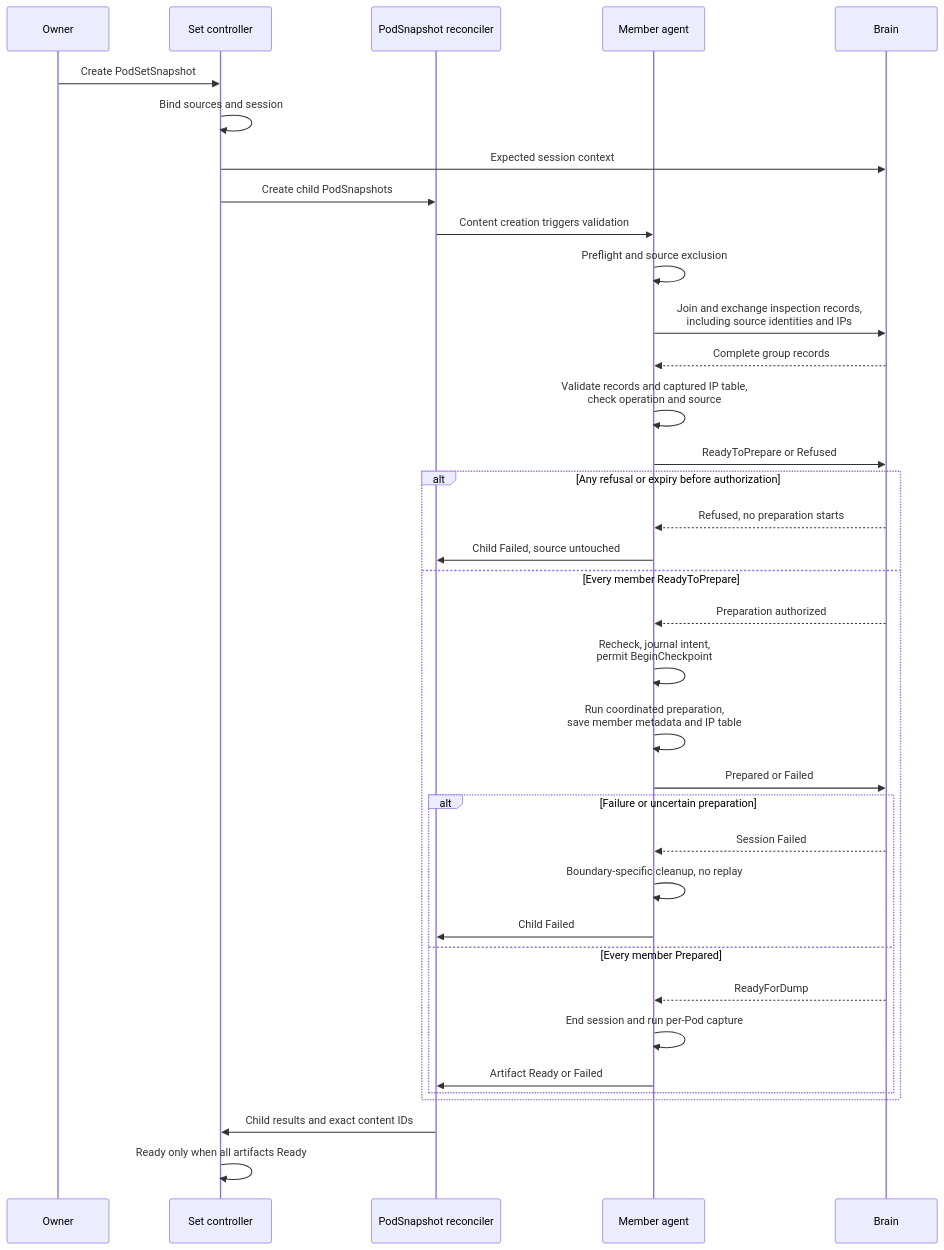
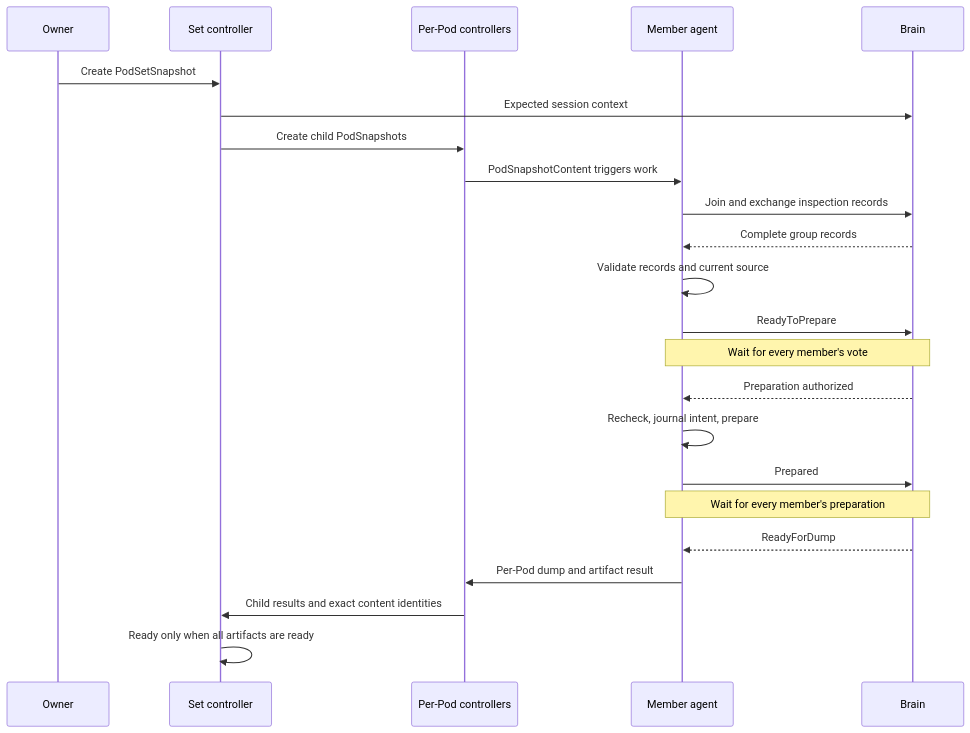
The second of 4 diagrams in docs/proposals/324-multi-pod-snapshot-restore/README.md (ai-dynamo/snapshot), drawn with Mermaid before and after one commit. The commit also changed other lines of this file, not shown here.

Commit message:
docs: clarify multi-pod snapshot proposal

````diff
--- a/docs/proposals/324-multi-pod-snapshot-restore/README.md
+++ b/docs/proposals/324-multi-pod-snapshot-restore/README.md
@@ -965,38 +317,25 @@
 ```mermaid
 sequenceDiagram
     participant O as Owner
     participant C as Set controller
-    participant P as PodSnapshot reconciler
+    participant P as Per-Pod controllers
     participant A as Member agent
     participant B as Brain
     O->>C: Create PodSetSnapshot
-    C->>C: Bind sources and session
     C->>B: Expected session context
     C->>P: Create child PodSnapshots
-    P->>A: Content creation triggers validation
-    A->>A: Preflight and source exclusion
-    A->>B: Join and exchange inspection records,<br/>including source identities and IPs
+    P->>A: PodSnapshotContent triggers work
+    A->>B: Join and exchange inspection records
     B-->>A: Complete group records
-    A->>A: Validate records and captured IP table,<br/>check operation and source
-    A->>B: ReadyToPrepare or Refused
-    alt Any refusal or expiry before authorization
-        B-->>A: Refused, no preparation starts
-        A->>P: Child Failed, source untouched
-    else Every member ReadyToPrepare
-        B-->>A: Preparation authorized
-        A->>A: Recheck, journal intent,<br/>permit BeginCheckpoint
-        A->>A: Run coordinated preparation,<br/>save member metadata and IP table
-        A->>B: Prepared or Failed
-        alt Failure or uncertain preparation
-            B-->>A: Session Failed
-            A->>A: Boundary-specific cleanup, no replay
-            A->>P: Child Failed
-        else Every member Prepared
-            B-->>A: ReadyForDump
-            A->>A: End session and run per-Pod capture
-            A->>P: Artifact Ready or Failed
-        end
-    end
-    P->>C: Child results and exact content IDs
-    C->>C: Ready only when all artifacts Ready
+    A->>A: Validate records and current source
+    A->>B: ReadyToPrepare
+    Note over A,B: Wait for every member's vote
+    B-->>A: Preparation authorized
+    A->>A: Recheck, journal intent, prepare
+    A->>B: Prepared
+    Note over A,B: Wait for every member's preparation
+    B-->>A: ReadyForDump
+    A->>P: Per-Pod dump and artifact result
+    P->>C: Child results and exact content identities
+    C->>C: Ready only when all artifacts are ready
 ```
````
